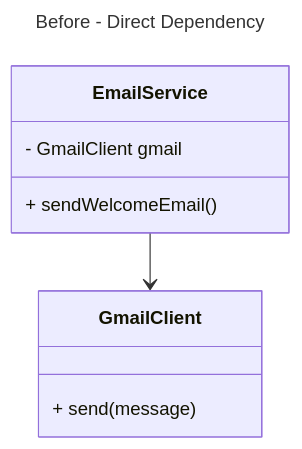
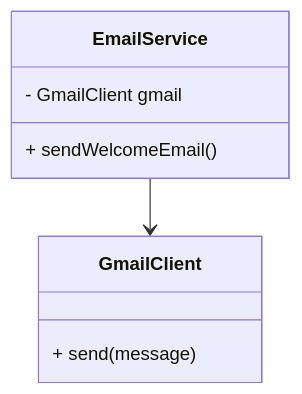
The first of 2 diagrams in SOLID Design Principle/Dependency Inversion Principle (DIP)/README.md (Pritam-25/System-Design), drawn with Mermaid before and after one commit. The commit also changed other lines of this file and 18 other files, not shown here.

````diff
--- a/SOLID Design Principle/Dependency Inversion Principle (DIP)/README.md
+++ b/SOLID Design Principle/Dependency Inversion Principle (DIP)/README.md
@@ -56,22 +61,13 @@
 ```mermaid
----
-config:
-  look: classic
-  fontFamily: '''Merriweather Variable'', serif'
-  themeVariables:
-    fontFamily: '''Merriweather Variable'', serif'
-  layout: dagre
-title: Before - Direct Dependency
----
 classDiagram
     class EmailService {
         - GmailClient gmail
         + sendWelcomeEmail()
     }
 
     class GmailClient {
         + send(message)
     }
 
     EmailService --> GmailClient
 ```
````
